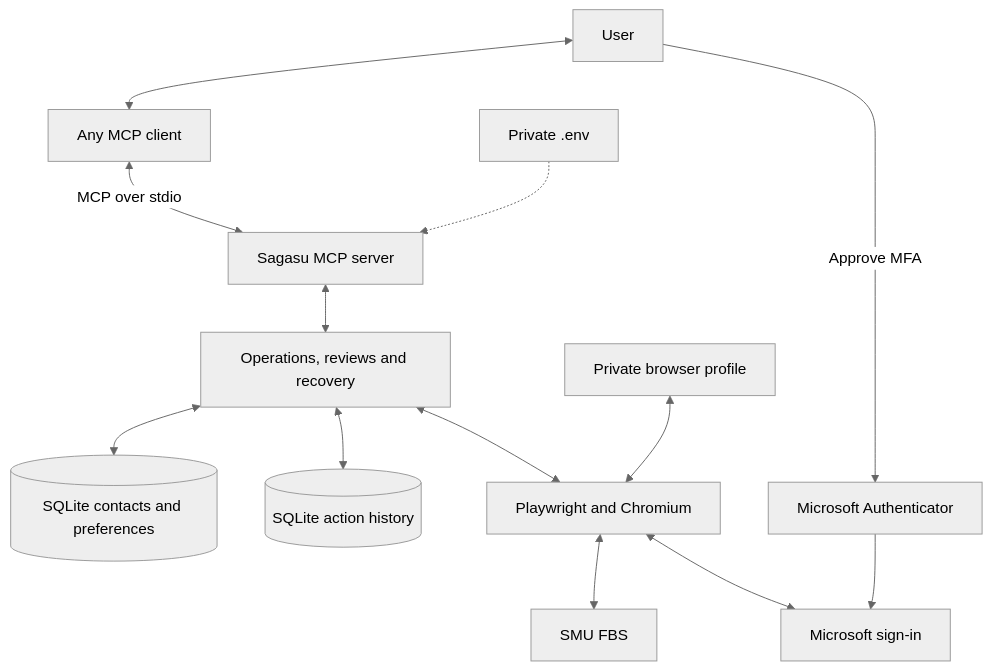
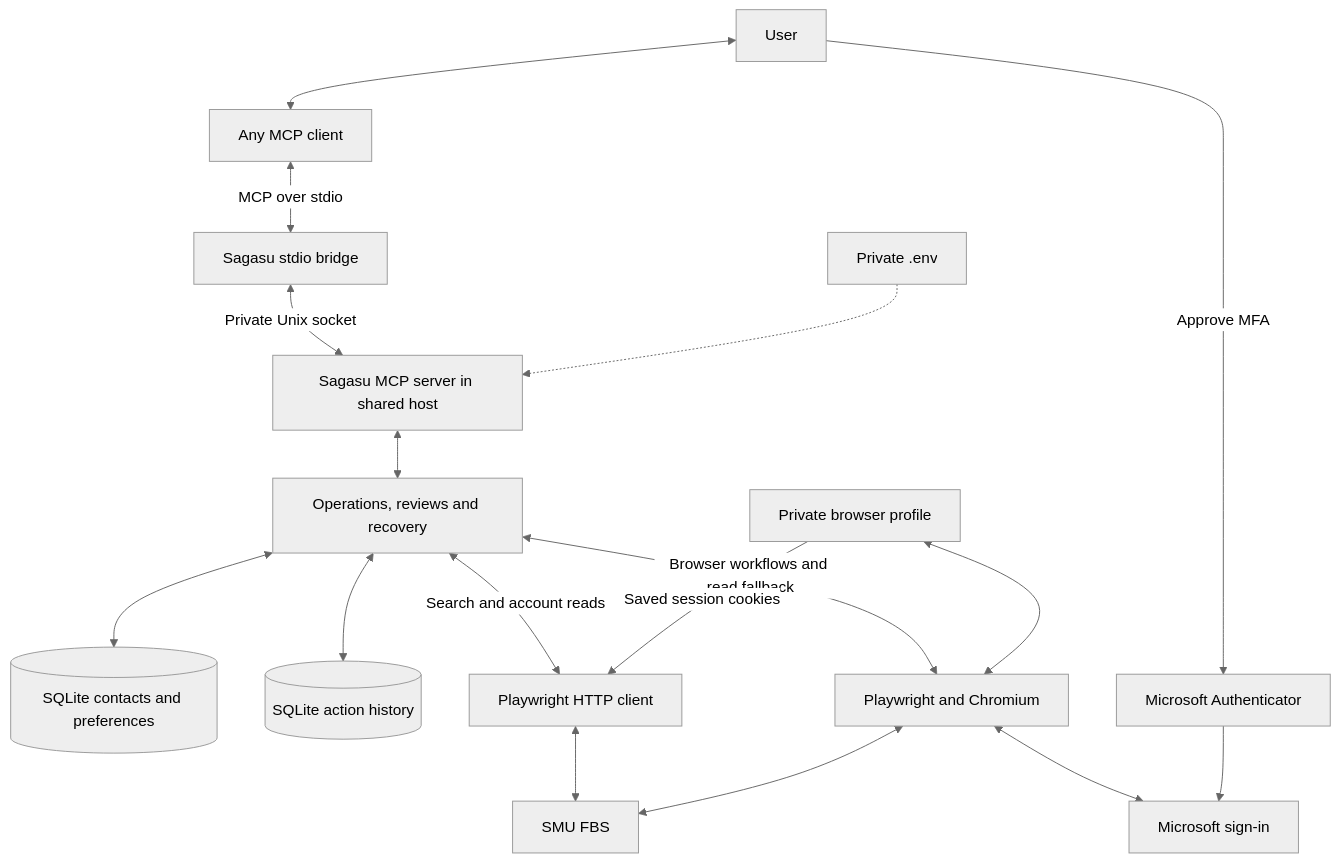
Before and after one commit to gongahkia/sagasu: the diagram in README.md, drawn with Mermaid (neutral theme).

Commit message:
docs: correct architecture diagram for shared host and HTTP reads

````diff
--- a/README.md
+++ b/README.md
@@ -59,15 +59,19 @@
 ```mermaid
 flowchart TD
     User[User] <--> Client[Any MCP client]
-    Client <-->|MCP over stdio| Server[Sagasu MCP server]
+    Client <-->|MCP over stdio| Bridge[Sagasu stdio bridge]
+    Bridge <-->|Private Unix socket| Server[Sagasu MCP server in shared host]
     Server <--> Operations[Operations, reviews and recovery]
     Operations <--> Preferences[(SQLite contacts and preferences)]
     Operations <--> History[(SQLite action history)]
-    Operations <--> Browser[Playwright and Chromium]
+    Operations <-->|Search and account reads| HTTP[Playwright HTTP client]
+    Operations <-->|Browser workflows and read fallback| Browser[Playwright and Chromium]
     Config[Private .env] -.-> Server
     Profile[Private browser profile] <--> Browser
-    Browser <--> FBS[SMU FBS]
+    Profile -->|Saved session cookies| HTTP
+    HTTP <--> FBS[SMU FBS]
+    Browser <--> FBS
     Browser <--> Microsoft[Microsoft sign-in]
     User -->|Approve MFA| Authenticator[Microsoft Authenticator]
     Authenticator --> Microsoft
 ```
````
